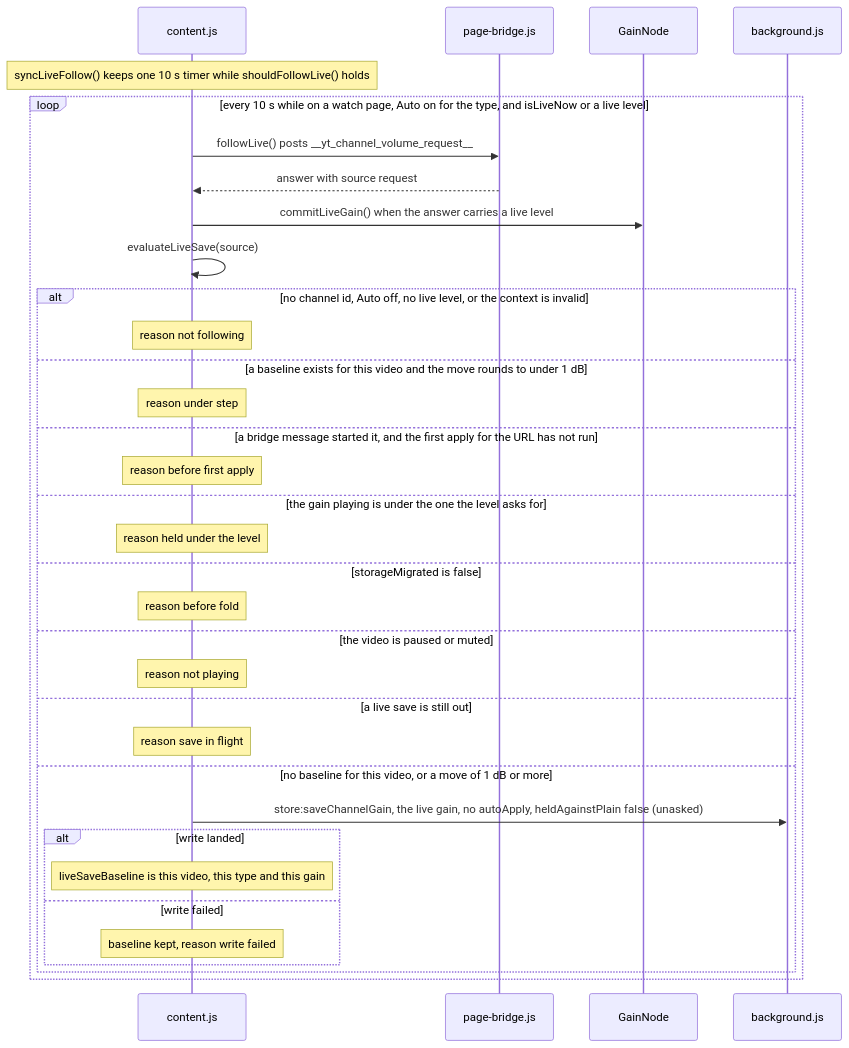
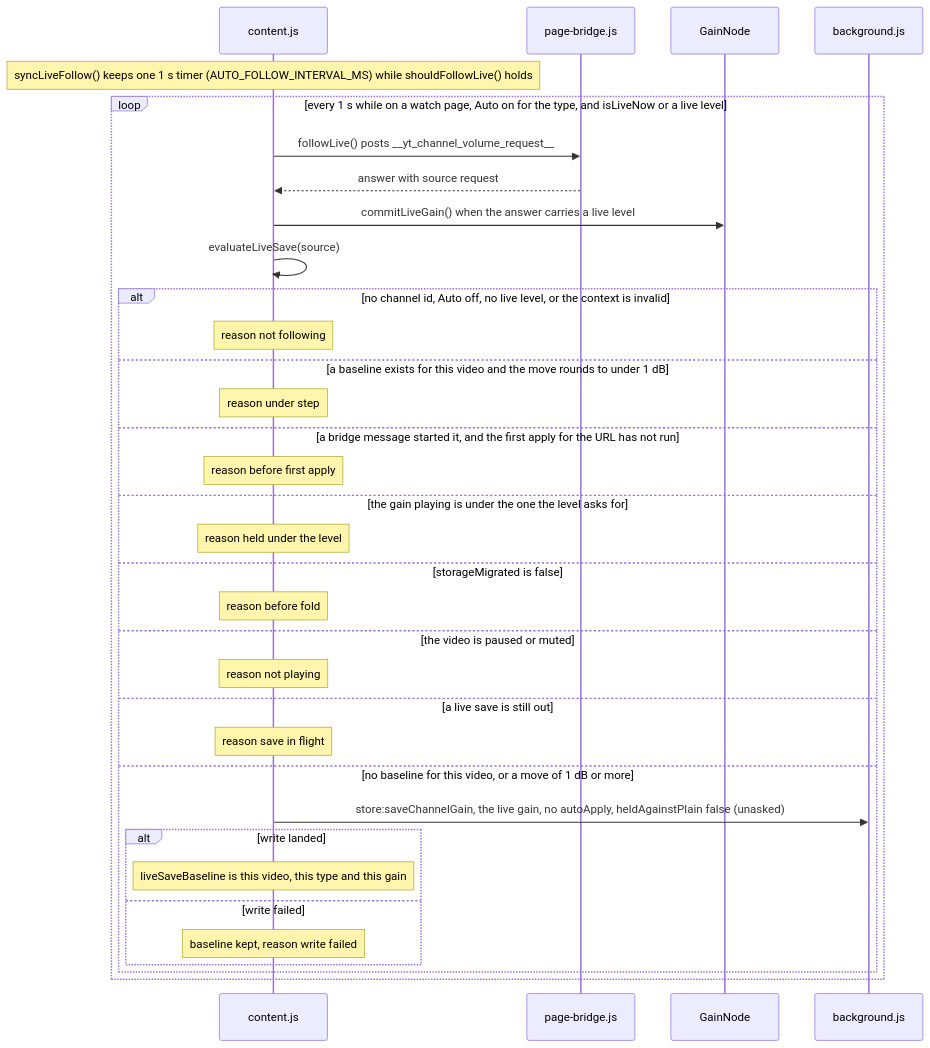
The ninth of 14 diagrams in docs/gain-change-and-save.md (semnil/yt-channel-volume), drawn with Mermaid before and after one commit. The commit also changed other lines of this file and 4 other files, not shown here.

Commit message:
docs: describe the live follow as playing the gain the level asks for every second

````diff
--- a/docs/gain-change-and-save.md
+++ b/docs/gain-change-and-save.md
@@ -475,36 +474,36 @@
 ```mermaid
 sequenceDiagram
   participant C as content.js
   participant B as page-bridge.js
   participant G as GainNode
   participant W as background.js
-  Note over C: syncLiveFollow() keeps one 10 s timer while shouldFollowLive() holds
-  loop every 10 s while on a watch page, Auto on for the type, and isLiveNow or a live level
+  Note over C: syncLiveFollow() keeps one 1 s timer (AUTO_FOLLOW_INTERVAL_MS) while shouldFollowLive() holds
+  loop every 1 s while on a watch page, Auto on for the type, and isLiveNow or a live level
     C->>B: followLive() posts __yt_channel_volume_request__
     B-->>C: answer with source request
     C->>G: commitLiveGain() when the answer carries a live level
     C->>C: evaluateLiveSave(source)
     alt no channel id, Auto off, no live level, or the context is invalid
       Note over C: reason not following
     else a baseline exists for this video and the move rounds to under 1 dB
       Note over C: reason under step
     else a bridge message started it, and the first apply for the URL has not run
       Note over C: reason before first apply
     else the gain playing is under the one the level asks for
       Note over C: reason held under the level
     else storageMigrated is false
       Note over C: reason before fold
     else the video is paused or muted
       Note over C: reason not playing
     else a live save is still out
       Note over C: reason save in flight
     else no baseline for this video, or a move of 1 dB or more
       C->>W: store:saveChannelGain, the live gain, no autoApply, heldAgainstPlain false (unasked)
       alt write landed
         Note over C: liveSaveBaseline is this video, this type and this gain
       else write failed
         Note over C: baseline kept, reason write failed
       end
     end
   end
 ```
````
